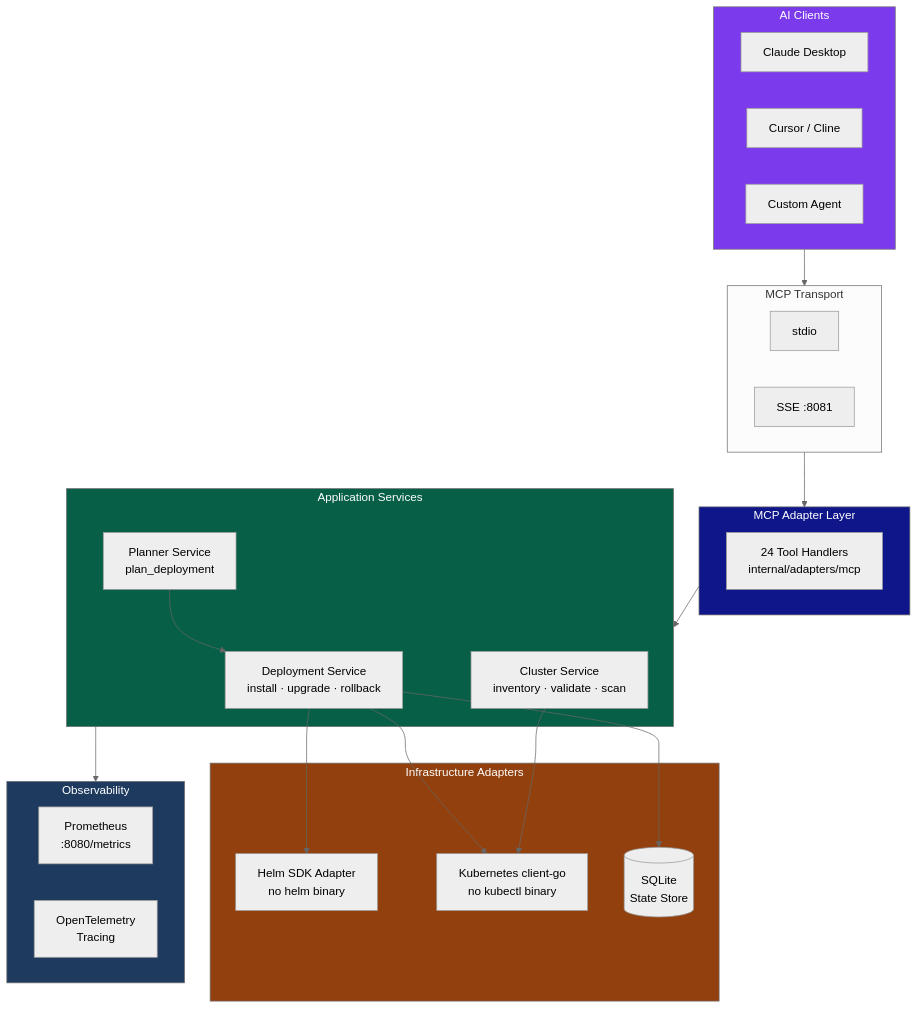
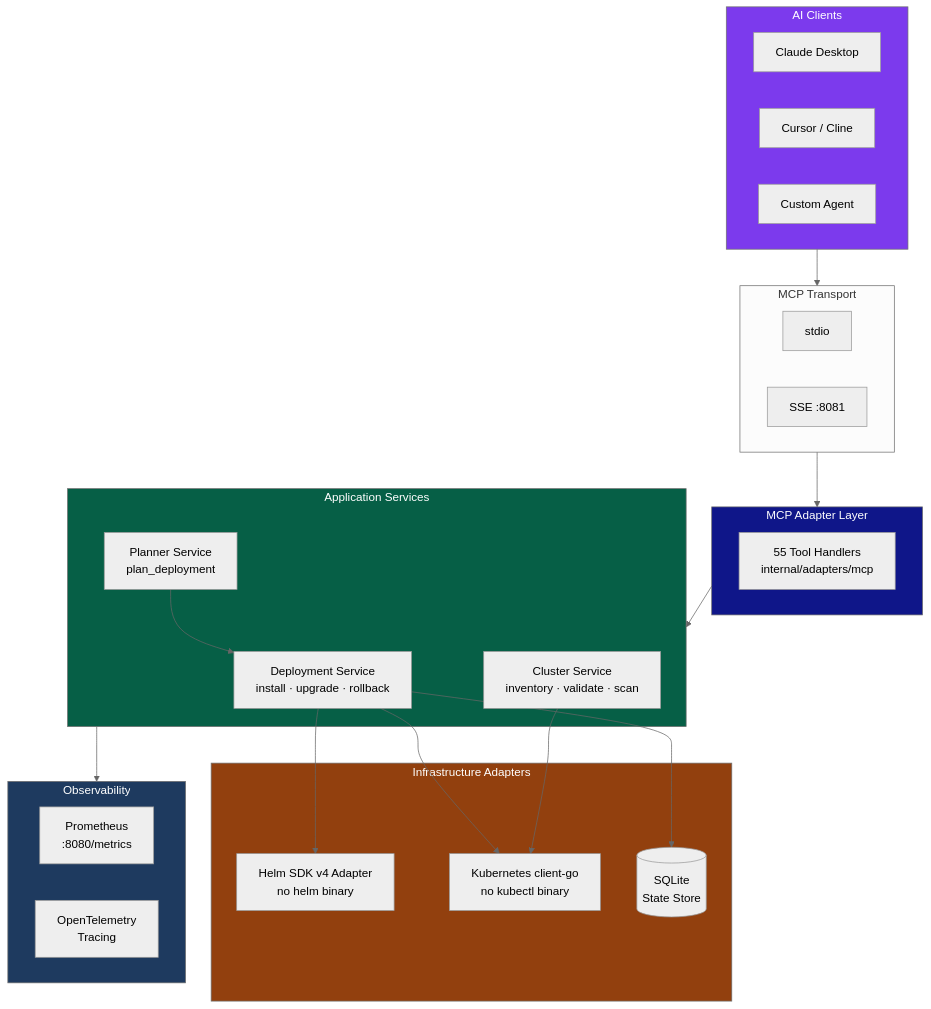
Before and after one commit to vinaycharlie01/sh-mcp-go: the first of 6 diagrams in README.md, drawn with Mermaid (neutral theme). The commit also changed other lines of this file, not shown here.

First line of the commit message:
docs: update README for Helm SDK v4 and 55 MCP tools

````diff
--- a/README.md
+++ b/README.md
@@ -59,50 +60,50 @@
 ```mermaid
 flowchart TB
     subgraph Clients["AI Clients"]
         A1[Claude Desktop]
         A2[Cursor / Cline]
         A3[Custom Agent]
     end
 
     subgraph Transport["MCP Transport"]
         T1[stdio]
         T2[SSE :8081]
     end
 
     subgraph MCP["MCP Adapter Layer"]
-        M[24 Tool Handlers\ninternal/adapters/mcp]
+        M[55 Tool Handlers\ninternal/adapters/mcp]
     end
 
     subgraph App["Application Services"]
         D[Deployment Service\ninstall · upgrade · rollback]
         C[Cluster Service\ninventory · validate · scan]
         P[Planner Service\nplan_deployment]
     end
 
     subgraph Infra["Infrastructure Adapters"]
-        H[Helm SDK Adapter\nno helm binary]
+        H[Helm SDK v4 Adapter\nno helm binary]
         K[Kubernetes client-go\nno kubectl binary]
         S[(SQLite\nState Store)]
     end
 
     subgraph Obs["Observability"]
         PR[Prometheus\n:8080/metrics]
         OT[OpenTelemetry\nTracing]
     end
 
     Clients --> Transport
     Transport --> MCP
     MCP --> App
     D --> H
     D --> K
     D --> S
     C --> K
     P --> D
     App --> Obs
 
     style Clients fill:#7C3AED,color:#fff
     style MCP fill:#0F1689,color:#fff
     style App fill:#065F46,color:#fff
     style Infra fill:#92400E,color:#fff
     style Obs fill:#1E3A5F,color:#fff
 ```
````
